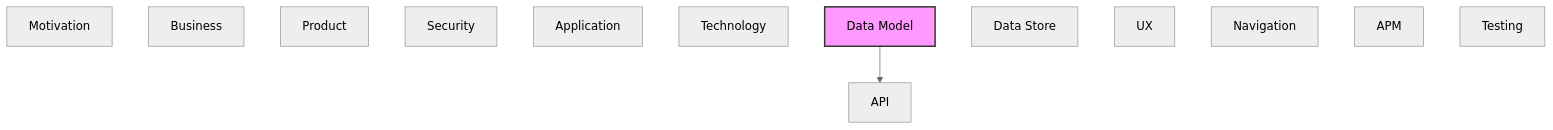
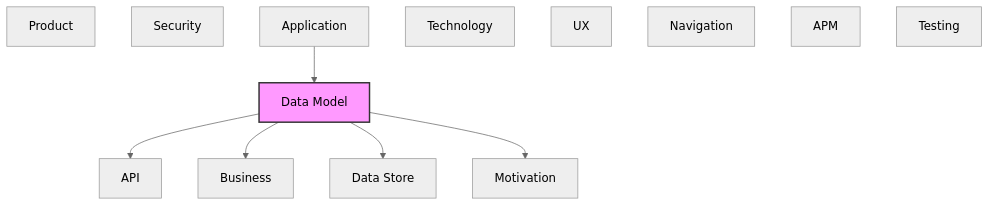
Before and after one commit to tinkermonkey/context-studio: the diagram in documentation-robotics/reports/08-data-model-layer-report.md, drawn with Mermaid (neutral theme). The commit also changed other lines of this file and 93 other files, not shown here.

````diff
--- a/documentation-robotics/reports/08-data-model-layer-report.md
+++ b/documentation-robotics/reports/08-data-model-layer-report.md
@@ -85,19 +88,23 @@
 ```mermaid
 flowchart TB
   classDef current fill:#f9f,stroke:#333,stroke-width:2px
   motivation["Motivation"]
   business["Business"]
   product["Product"]
   security["Security"]
   application["Application"]
   technology["Technology"]
   api["API"]
   data_model["Data Model"]
   data_store["Data Store"]
   ux["UX"]
   navigation["Navigation"]
   apm["APM"]
   testing["Testing"]
+  application --> data_model
   data_model --> api
+  data_model --> business
+  data_model --> data_store
+  data_model --> motivation
   class data_model current
 ```
````
